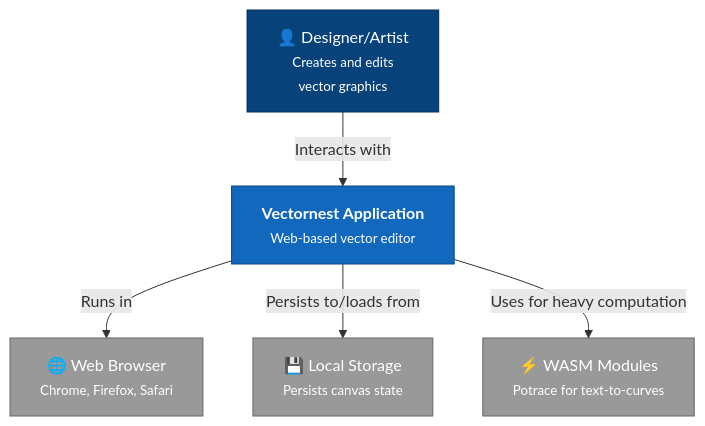
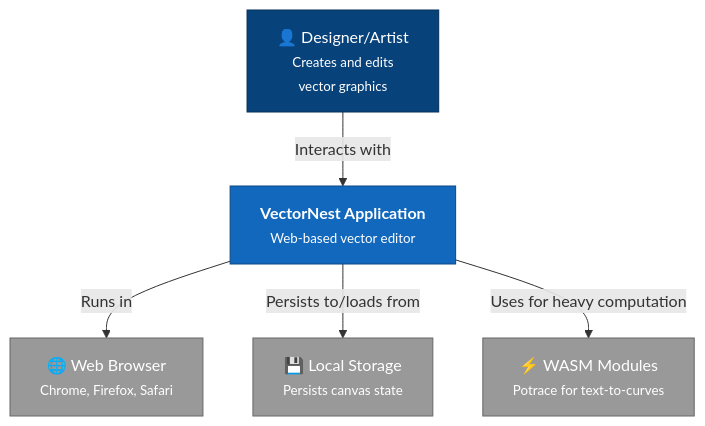
One commit to ekrsulov/ttpe changed the first of 4 diagrams in doc/docs/architecture/overview.md. Above: the diagram before and after it, drawn with Mermaid. The commit also changed other lines of this file and 34 other files, not shown here.

Commit message:
fix: standardize capitalization of "VectorNest" throughout documentation and configuration files

````diff
--- a/doc/docs/architecture/overview.md
+++ b/doc/docs/architecture/overview.md
@@ -45,21 +45,21 @@
 ```mermaid
 graph TB
     User["👤 Designer/Artist<br/><small>Creates and edits<br/>vector graphics</small>"]
     
-    Vectornest["<b>Vectornest Application</b><br/><small>Web-based vector editor</small>"]
+    VectorNest["<b>VectorNest Application</b><br/><small>Web-based vector editor</small>"]
     
     Browser["🌐 Web Browser<br/><small>Chrome, Firefox, Safari</small>"]
     Storage["💾 Local Storage<br/><small>Persists canvas state</small>"]
     WASM["⚡ WASM Modules<br/><small>Potrace for text-to-curves</small>"]
     
-    User -->|"Interacts with"| Vectornest
-    Vectornest -->|"Runs in"| Browser
-    Vectornest -->|"Persists to/loads from"| Storage
-    Vectornest -->|"Uses for heavy computation"| WASM
+    User -->|"Interacts with"| VectorNest
+    VectorNest -->|"Runs in"| Browser
+    VectorNest -->|"Persists to/loads from"| Storage
+    VectorNest -->|"Uses for heavy computation"| WASM
     
     style User fill:#08427b,stroke:#052e56,color:#fff
-    style Vectornest fill:#1168bd,stroke:#0b4884,color:#fff
+    style VectorNest fill:#1168bd,stroke:#0b4884,color:#fff
     style Browser fill:#999,stroke:#666,color:#fff
     style Storage fill:#999,stroke:#666,color:#fff
     style WASM fill:#999,stroke:#666,color:#fff
 ```
````
